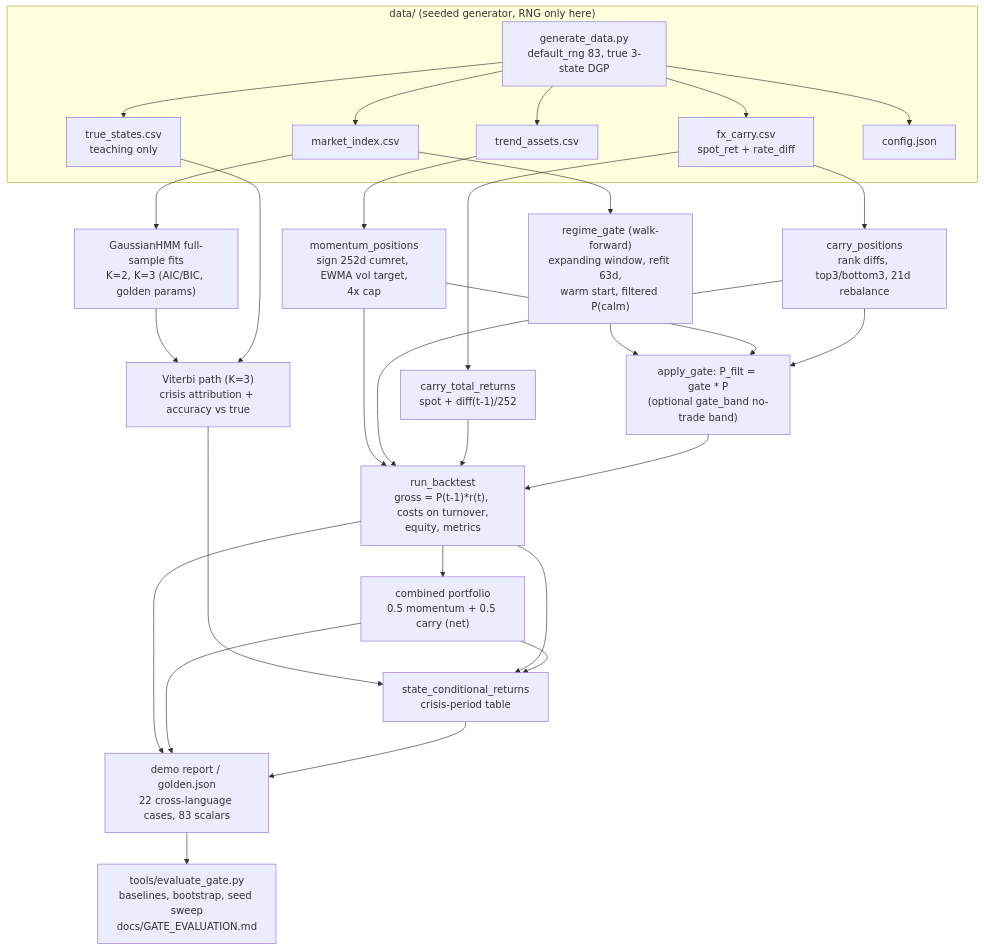
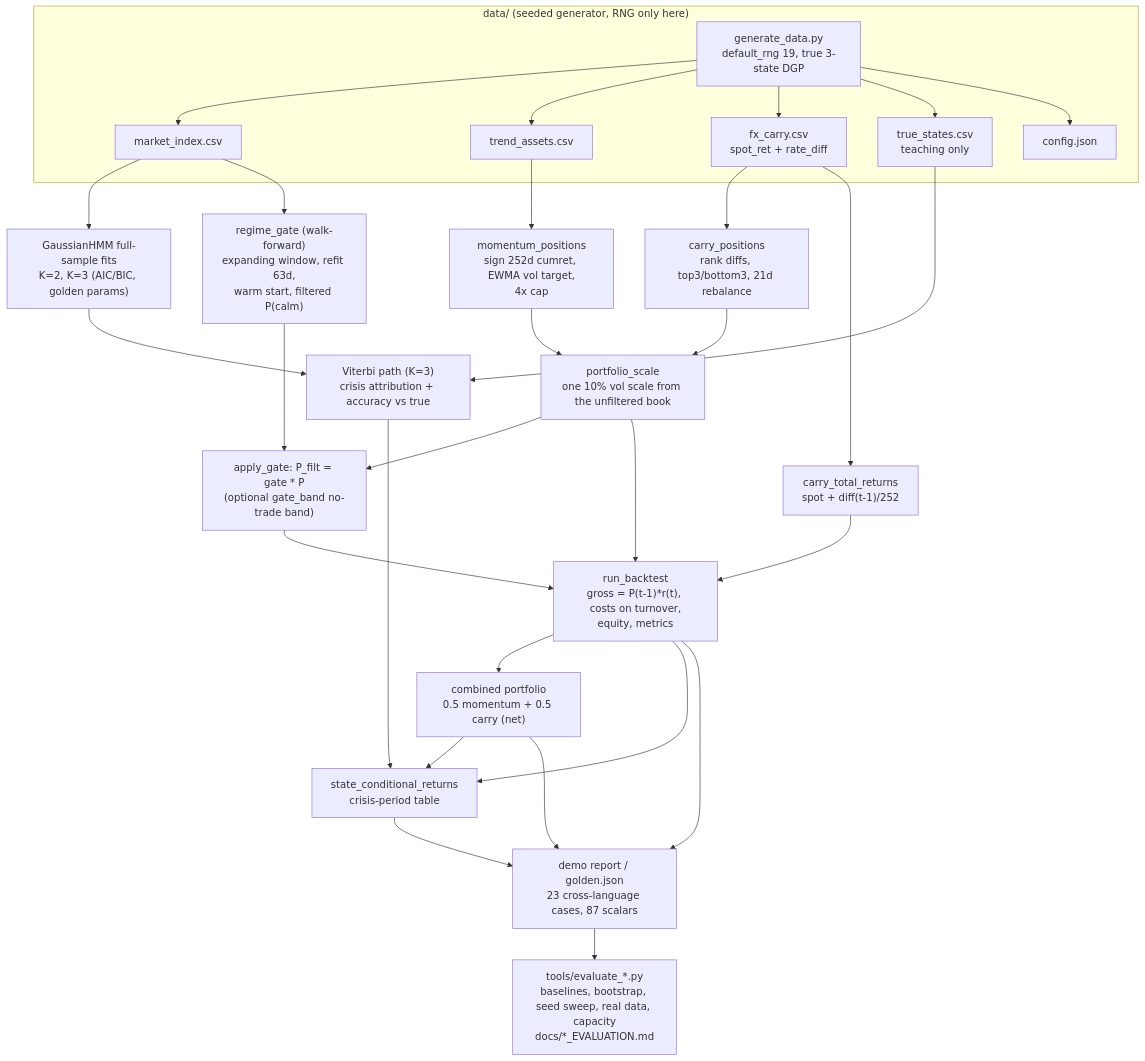
Before and after one commit to AshJha0/regime-aware-trading: the diagram in docs/diagrams/pipeline_flow.mmd, drawn with Mermaid. The commit also changed 19 other files, not shown here.

First line of the commit message:
Rewrite docs around the real-data failure and release notes for 2.0.0

```diff
--- a/docs/diagrams/pipeline_flow.mmd
+++ b/docs/diagrams/pipeline_flow.mmd
@@ -1,38 +1,38 @@
 flowchart TD
     subgraph DATA["data/ (seeded generator, RNG only here)"]
-        GEN[generate_data.py<br/>default_rng 83, true 3-state DGP]
+        GEN[generate_data.py<br/>default_rng 19, true 3-state DGP]
         IDX[market_index.csv]
         TRD[trend_assets.csv]
         FX[fx_carry.csv<br/>spot_ret + rate_diff]
         TRU[true_states.csv<br/>teaching only]
         CFG[config.json]
         GEN --> IDX & TRD & FX & TRU & CFG
     end
 
     IDX --> HMMFULL["GaussianHMM full-sample fits<br/>K=2, K=3 (AIC/BIC, golden params)"]
     HMMFULL --> VIT["Viterbi path (K=3)<br/>crisis attribution + accuracy vs true"]
     TRU --> VIT
     IDX --> GATE["regime_gate (walk-forward)<br/>expanding window, refit 63d,<br/>warm start, filtered P(calm)"]
 
     TRD --> MOM["momentum_positions<br/>sign 252d cumret, EWMA vol target,<br/>4x cap"]
     FX --> CAR["carry_positions<br/>rank diffs, top3/bottom3, 21d rebalance"]
     FX --> CRET["carry_total_returns<br/>spot + diff(t-1)/252"]
 
+    MOM --> SCALE["portfolio_scale<br/>one 10% vol scale from the unfiltered book"]
+    CAR --> SCALE
+    SCALE --> APG
     GATE --> APG["apply_gate: P_filt = gate * P<br/>(optional gate_band no-trade band)"]
-    MOM --> APG
-    CAR --> APG
 
-    MOM --> BT["run_backtest<br/>gross = P(t-1)*r(t), costs on turnover,<br/>equity, metrics"]
-    CAR --> BT
+    SCALE --> BT["run_backtest<br/>gross = P(t-1)*r(t), costs on turnover,<br/>equity, metrics"]
     CRET --> BT
     APG --> BT
 
     BT --> COMB["combined portfolio<br/>0.5 momentum + 0.5 carry (net)"]
     VIT --> CRISIS["state_conditional_returns<br/>crisis-period table"]
     BT --> CRISIS
     COMB --> CRISIS
 
-    BT --> OUT["demo report / golden.json<br/>22 cross-language cases, 83 scalars"]
+    BT --> OUT["demo report / golden.json<br/>23 cross-language cases, 87 scalars"]
     COMB --> OUT
     CRISIS --> OUT
-    OUT --> EVAL["tools/evaluate_gate.py<br/>baselines, bootstrap, seed sweep<br/>docs/GATE_EVALUATION.md"]
+    OUT --> EVAL["tools/evaluate_*.py<br/>baselines, bootstrap, seed sweep, real data, capacity<br/>docs/*_EVALUATION.md"]
```
